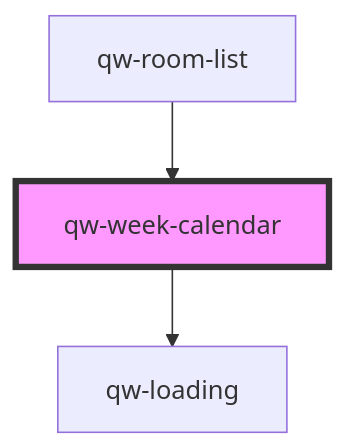
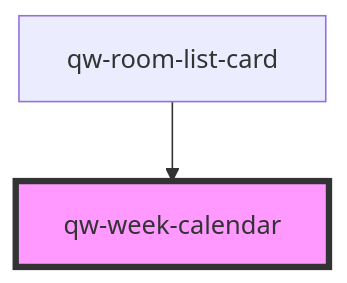
One commit to qwentes-team/qw-hotels changed the diagram in src/components/qw-week-calendar/readme.md. Above: the diagram before and after it, drawn with Mermaid. The commit also changed other lines of this file and 16 other files, not shown here.

````diff
--- a/src/components/qw-week-calendar/readme.md
+++ b/src/components/qw-week-calendar/readme.md
@@ -30,6 +25,5 @@
 ```mermaid
 graph TD;
-  qw-week-calendar --> qw-loading
-  qw-room-list --> qw-week-calendar
+  qw-room-list-card --> qw-week-calendar
   style qw-week-calendar fill:#f9f,stroke:#333,stroke-width:4px
 ```
````
